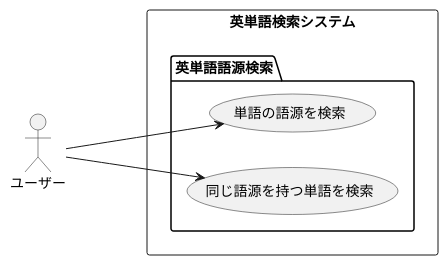
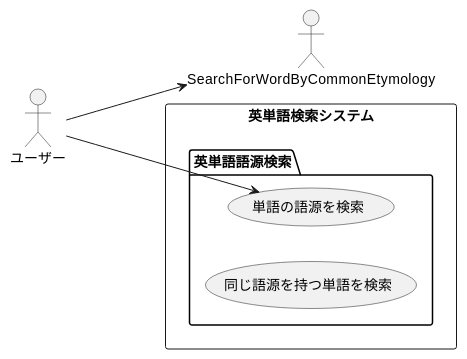
One commit to ichiroC15/etymology_search changed the diagram in documents/Usecase.md. Above: the diagram before and after it, drawn with PlantUML. The commit also changed 1 other file, not shown here.

Commit message:
dev-1 update: documents usecase.md, openapi.yml

```diff
--- a/documents/Usecase.md
+++ b/documents/Usecase.md
@@ -1,15 +1,15 @@
 @startuml
 left to right direction
 
 rectangle "英単語検索システム" as EnglishWordSearch {
-    package "英単語語源検索" as EtimologySearch{
-        usecase "単語の語源を検索" as SearchByEnglishWord
-        usecase "同じ語源を持つ単語を検索" as SearchByCommonEtymology
+    package "英単語語源検索" as EtymologySearch{
+        usecase "単語の語源を検索" as SearchForEtymology
+        usecase "同じ語源を持つ単語を検索" as SearchForWordsByCommonEtymology
     }
 }
 
 actor user as "ユーザー"
-user ---> SearchByEnglishWord
-user ---> SearchByCommonEtymology
+user ---> SearchForEtymology
+user ---> SearchForWordByCommonEtymology
 
 @enduml
```
